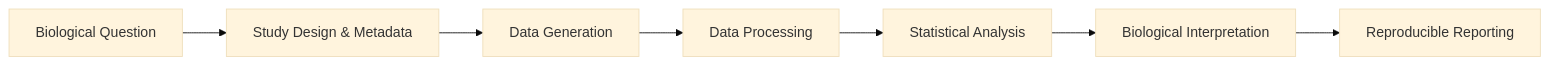
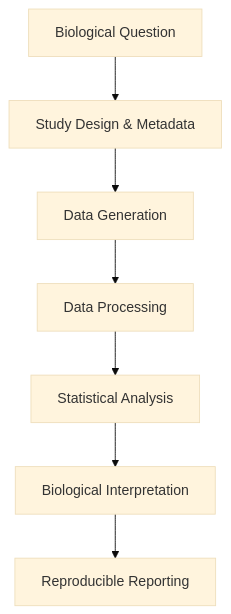
One commit to tmbuza/rnaseq-analysis changed the diagram in 02-study-design-and-metadata.qmd. Above: the diagram before and after it, drawn with Mermaid (base theme). The commit also changed 4 other files, not shown here.

Commit message:
Change mermaid diagram direction in two files  and rebuild the quarto book

````diff
--- a/02-study-design-and-metadata.qmd
+++ b/02-study-design-and-metadata.qmd
@@ -20,13 +20,13 @@
 ```{mermaid}
-flowchart LR
+flowchart TD
 
     A[Biological Question]
     B[Study Design & Metadata]
     C[Data Generation]
     D[Data Processing]
     E[Statistical Analysis]
     F[Biological Interpretation]
     G[Reproducible Reporting]
 
     A --> B --> C --> D --> E --> F --> G
 ```
````
